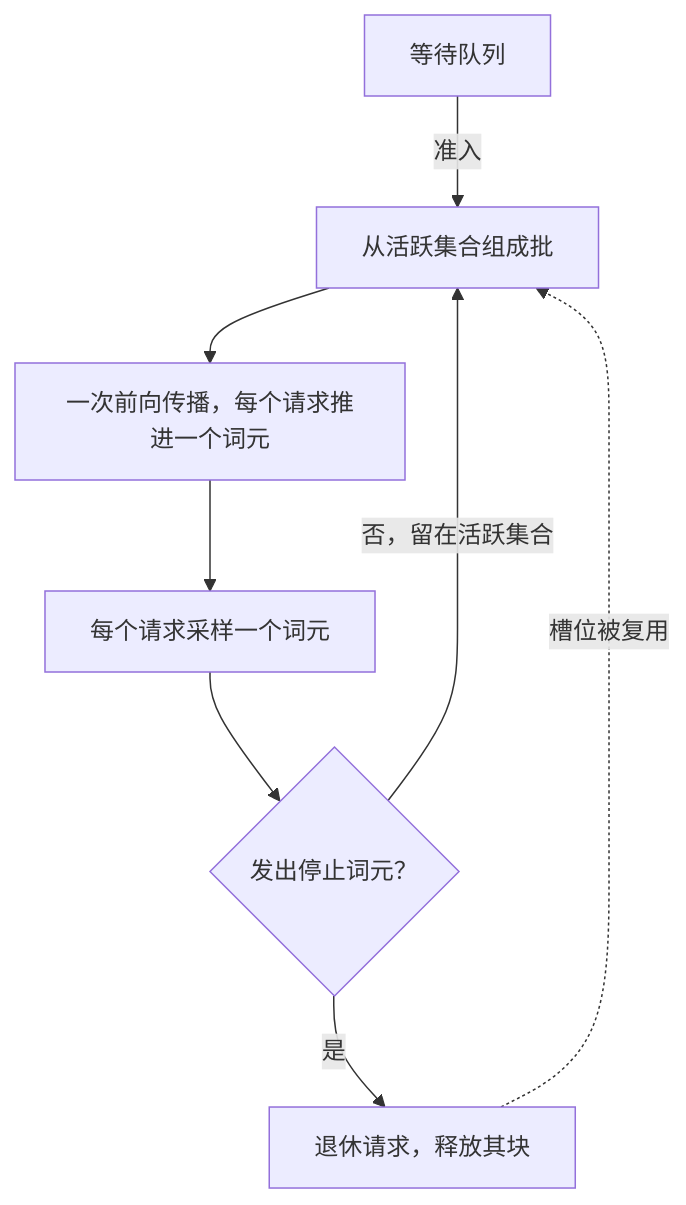
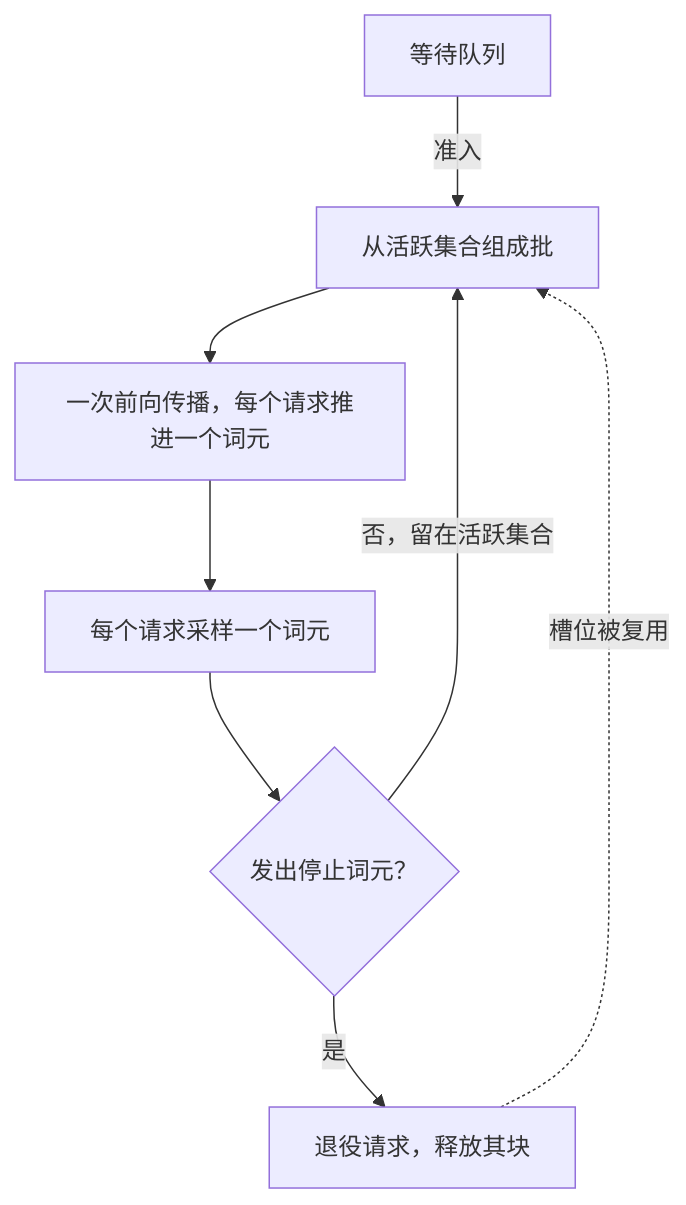
The first of 4 diagrams in zh/p4-inference/17-memory-scheduling.qmd (latere-ai/ai-as-an-infrastructure), drawn with Mermaid before and after one commit. The commit also changed other lines of this file and 106 other files, not shown here.

````diff
--- a/zh/p4-inference/17-memory-scheduling.qmd
+++ b/zh/p4-inference/17-memory-scheduling.qmd
@@ -19,16 +19,16 @@
 ```{mermaid}
 %%| label: fig-memory-scheduling-continuous
-%%| fig-cap: "连续批处理循环。调度器组成一批，跑一次把每个活跃请求向前推进一个词元的前向传播，退休发出停止词元的请求，并在下一次迭代前放入等待中的请求，于是批是一个每步重新填满的滑动窗口。改编自 Yu 等，2022。"
+%%| fig-cap: "连续批处理循环。调度器组成一批，跑一次把每个活跃请求向前推进一个词元的前向传播，退役发出停止词元的请求，并在下一次迭代前放入等待中的请求，于是批是一个每步重新填满的滑动窗口。改编自 Yu 等，2022。"
 flowchart TB
   waiting["等待队列"]
   form["从活跃集合组成批"]
   fwd["一次前向传播，每个请求推进一个词元"]
   sample["每个请求采样一个词元"]
   done{"发出停止词元？"}
-  retire["退休请求，释放其块"]
+  retire["退役请求，释放其块"]
   waiting -->|准入| form
   form --> fwd --> sample --> done
   done -->|是| retire
   done -->|否，留在活跃集合| form
   retire -.->|槽位被复用| form
 ```
````
